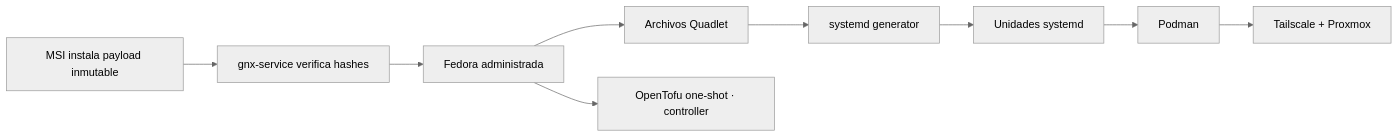
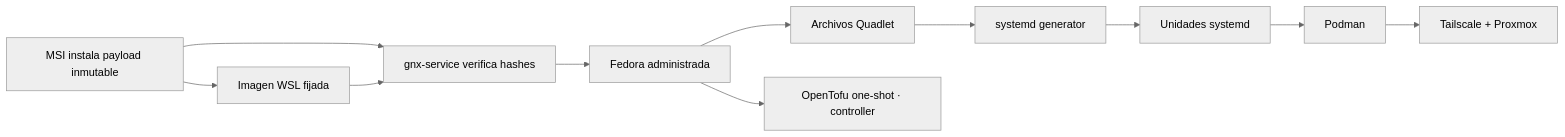
The second of 5 diagrams in docs/ARCHITECTURE.md (mayas-alas/quetzalcoatl), drawn with Mermaid (neutral theme) before and after one commit. The commit also changed other lines of this file and 1 other file, not shown here.

````diff
--- a/docs/ARCHITECTURE.md
+++ b/docs/ARCHITECTURE.md
@@ -167,15 +170,18 @@
 ```mermaid
 flowchart LR
     MSI["MSI instala payload inmutable"]
+    Image["Imagen WSL fijada"]
     Service["gnx-service verifica hashes"]
     Fedora["Fedora administrada"]
     Quadlet["Archivos Quadlet"]
     Generator["systemd generator"]
     Units["Unidades systemd"]
     Podman["Podman"]
     Core["Tailscale + Proxmox"]
     Tofu["OpenTofu one-shot · controller"]
 
-    MSI --> Service --> Fedora --> Quadlet --> Generator --> Units --> Podman --> Core
+    MSI --> Service
+    MSI --> Image --> Service
+    Service --> Fedora --> Quadlet --> Generator --> Units --> Podman --> Core
     Fedora --> Tofu
 ```
````
